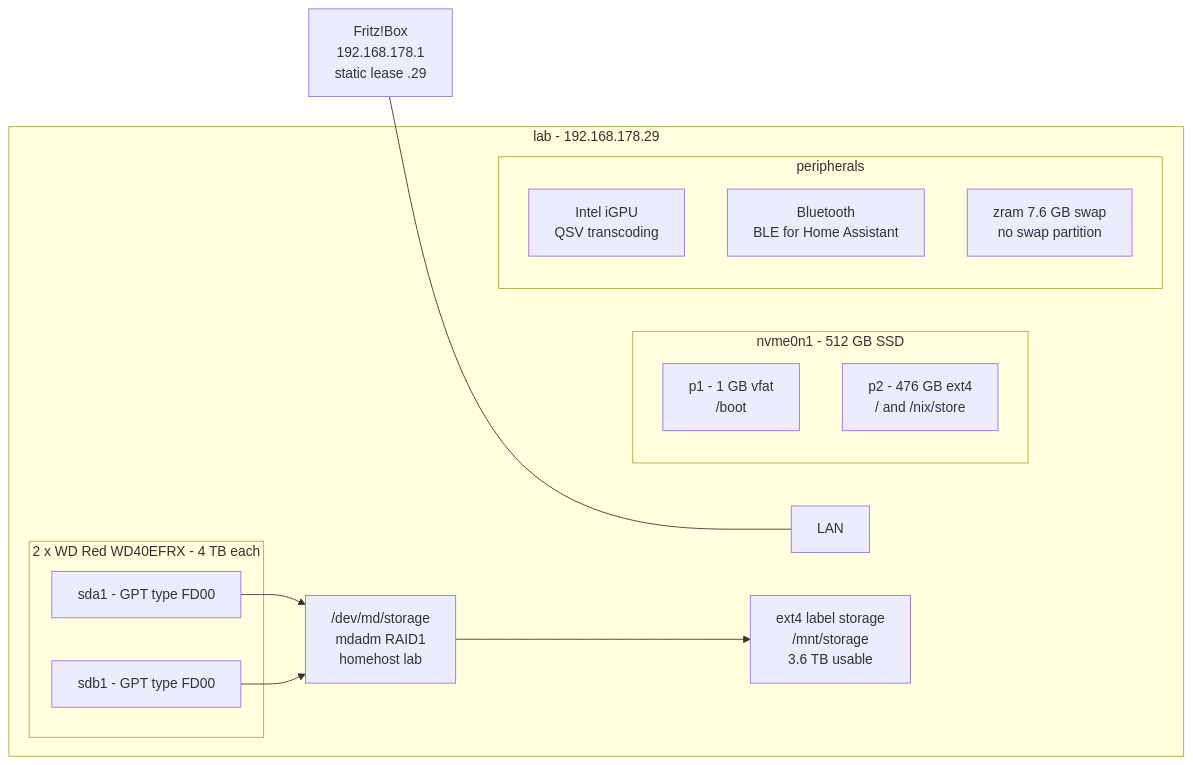
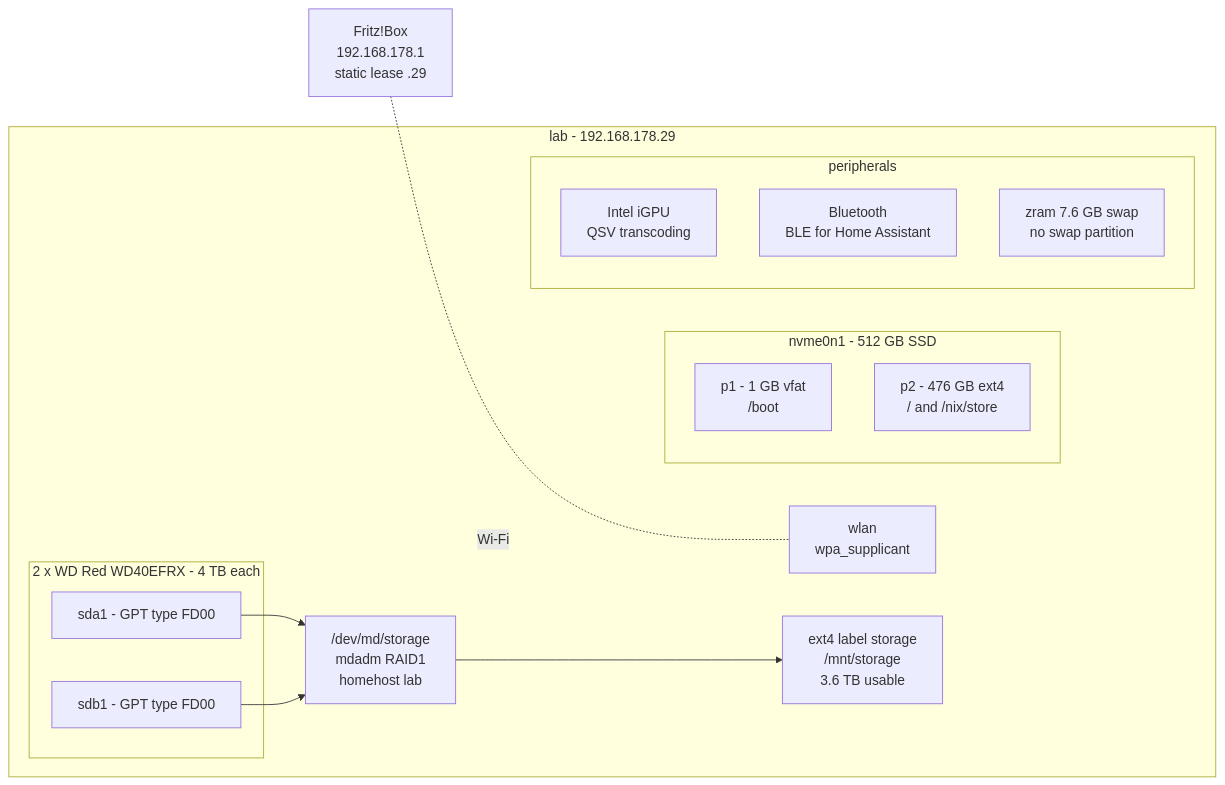
The first of 2 diagrams in README.md (antonkesy/home-server), drawn with Mermaid before and after one commit. The commit also changed other lines of this file and 6 other files, not shown here.

First line of the commit message:
wifi: join the LAN over wpa_supplicant instead of a cable

````diff
--- a/README.md
+++ b/README.md
@@ -13,31 +13,31 @@
 ```mermaid
 flowchart LR
-  router["Fritz!Box<br>192.168.178.1<br>static lease .29"] --- nic["LAN"]
+  router["Fritz!Box<br>192.168.178.1<br>static lease .29"] -. "Wi-Fi" .- nic["wlan<br>wpa_supplicant"]
 
   subgraph lab["lab - 192.168.178.29"]
     nic
 
     subgraph nvme["nvme0n1 - 512 GB SSD"]
       p1["p1 - 1 GB vfat<br>/boot"]
       p2["p2 - 476 GB ext4<br>/ and /nix/store"]
     end
 
     subgraph disks["2 x WD Red WD40EFRX - 4 TB each"]
       sda["sda1 - GPT type FD00"]
       sdb["sdb1 - GPT type FD00"]
     end
 
     md["/dev/md/storage<br>mdadm RAID1<br>homehost lab"]
     ext4["ext4 label storage<br>/mnt/storage<br>3.6 TB usable"]
 
     subgraph periph["peripherals"]
       igpu["Intel iGPU<br>QSV transcoding"]
       ble["Bluetooth<br>BLE for Home Assistant"]
       zram["zram 7.6 GB swap<br>no swap partition"]
     end
   end
 
   sda --> md
   sdb --> md
   md --> ext4
 ```
````
